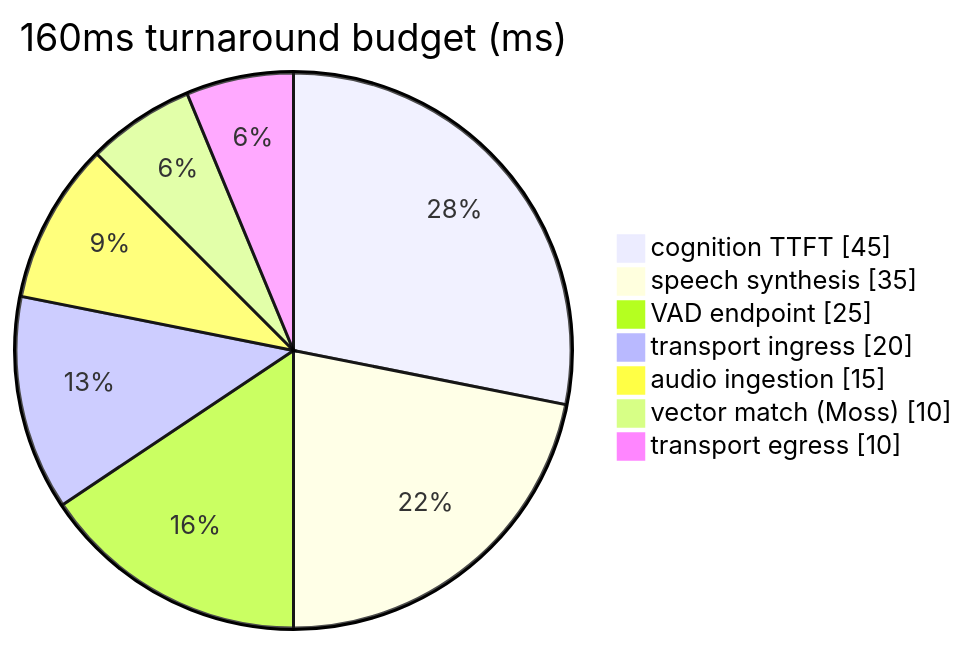
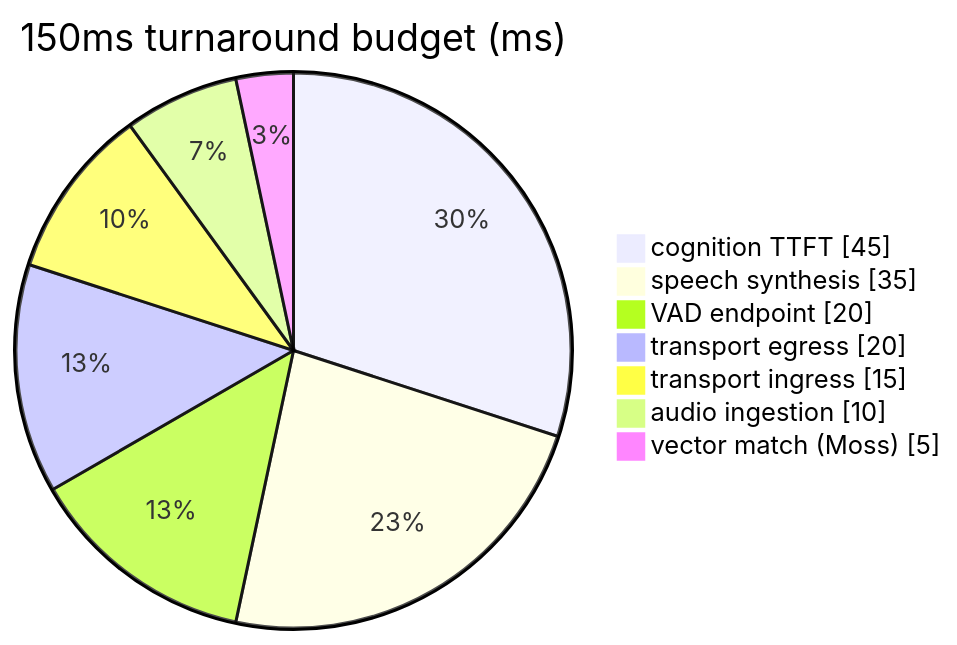
Before and after one commit to Oruwe/HR_agent: the seventh of 8 diagrams in docs/ARCHITECTURE.md, drawn with Mermaid. The commit also changed other lines of this file and 16 other files, not shown here.

````diff
--- a/docs/ARCHITECTURE.md
+++ b/docs/ARCHITECTURE.md
@@ -250,11 +250,11 @@
 ```mermaid
 pie showData
-    title 160ms turnaround budget (ms)
+    title 150ms turnaround budget (ms)
     "cognition TTFT" : 45
     "speech synthesis" : 35
-    "VAD endpoint" : 25
-    "transport ingress" : 20
-    "audio ingestion" : 15
-    "vector match (Moss)" : 10
-    "transport egress" : 10
+    "VAD endpoint" : 20
+    "transport egress" : 20
+    "transport ingress" : 15
+    "audio ingestion" : 10
+    "vector match (Moss)" : 5
 ```
````
